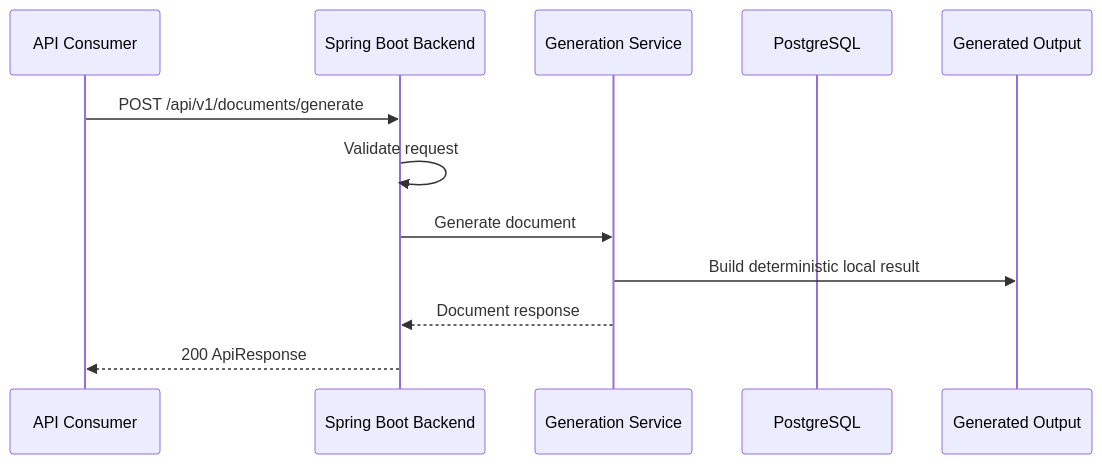
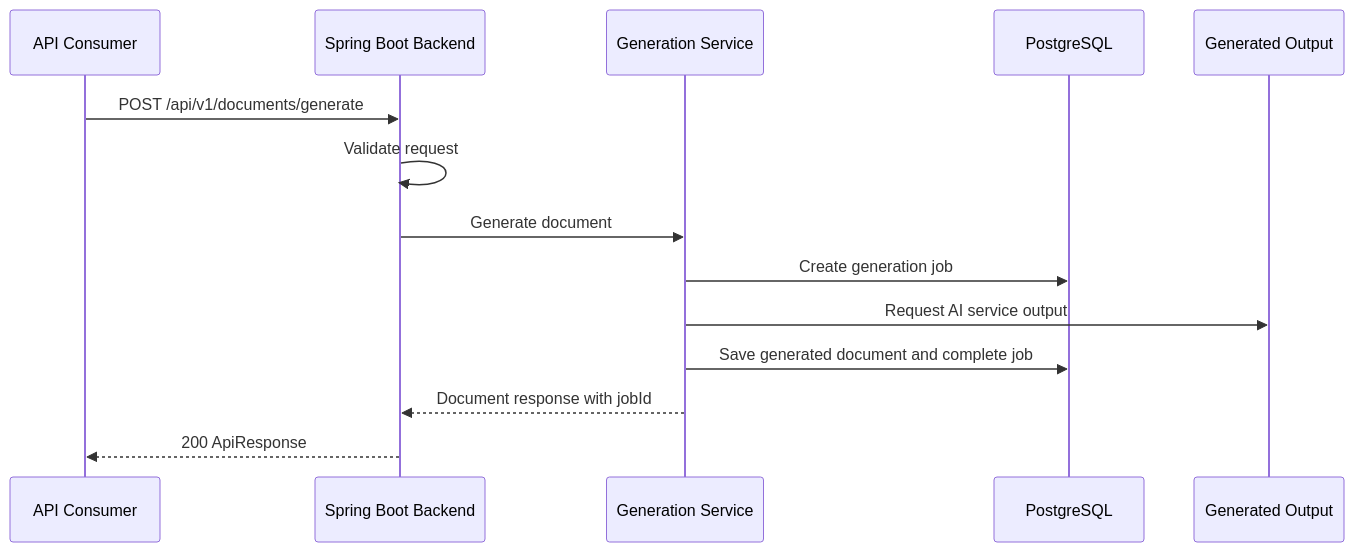
Before and after one commit to Deepudk04/flowforge-ai: the second of 4 diagrams in README.md, drawn with Mermaid. The commit also changed other lines of this file and 27 other files, not shown here.

First line of the commit message:
feat: persist AI generation results and job lifecycle

````diff
--- a/README.md
+++ b/README.md
@@ -66,15 +66,17 @@
 ```mermaid
 sequenceDiagram
     participant Client as API Consumer
     participant Backend as Spring Boot Backend
     participant Service as Generation Service
     participant Store as PostgreSQL
     participant Output as Generated Output
 
     Client->>Backend: POST /api/v1/documents/generate
     Backend->>Backend: Validate request
     Backend->>Service: Generate document
-    Service->>Output: Build deterministic local result
-    Service-->>Backend: Document response
+    Service->>Store: Create generation job
+    Service->>Output: Request AI service output
+    Service->>Store: Save generated document and complete job
+    Service-->>Backend: Document response with jobId
     Backend-->>Client: 200 ApiResponse
 ```
````
